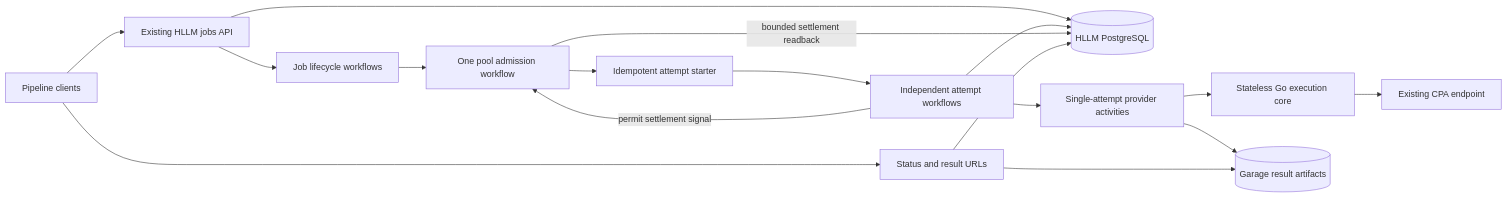
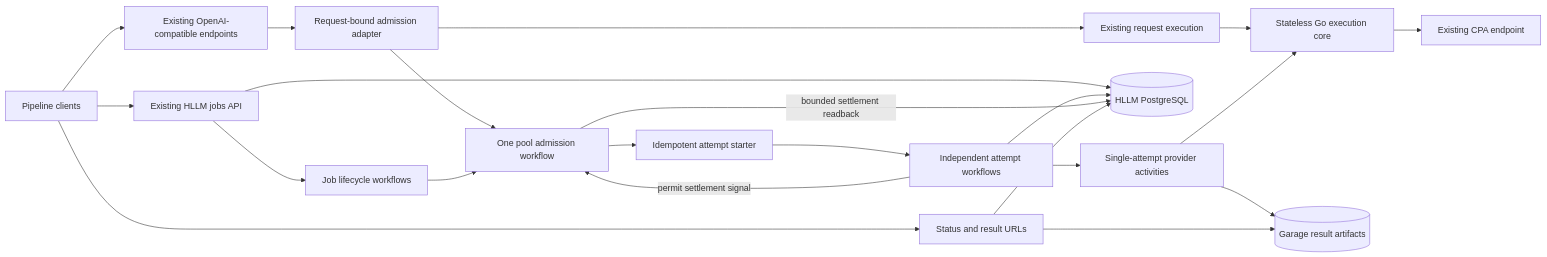
The diagram in plans/cpa-durable-execution-architecture.md (prls-co/harden-llm), drawn with Mermaid before and after one commit. The commit also changed other lines of this file, not shown here.

Commit message:
Require shared admission without changing OpenAI-compatible contracts

````diff
--- a/plans/cpa-durable-execution-architecture.md
+++ b/plans/cpa-durable-execution-architecture.md
@@ -49,19 +50,24 @@
 ```mermaid
 flowchart LR
     Clients[Pipeline clients] --> API[Existing HLLM jobs API]
+    Clients --> Sync[Existing OpenAI-compatible endpoints]
+    Sync --> Gate[Request-bound admission adapter]
+    Gate --> Pool
+    Gate --> SyncExec[Existing request execution]
+    SyncExec --> Core
     API --> DB[(HLLM PostgreSQL)]
     API --> Jobs[Job lifecycle workflows]
     Jobs --> Pool[One pool admission workflow]
     Pool --> Start[Idempotent attempt starter]
     Start --> Attempts[Independent attempt workflows]
     Attempts --> Gen[Single-attempt provider activities]
     Gen --> Core[Stateless Go execution core]
     Core --> CPA[Existing CPA endpoint]
     Gen --> Garage[(Garage result artifacts)]
     Attempts --> DB
     Attempts -->|permit settlement signal| Pool
     Pool -->|bounded settlement readback| DB
     Clients --> Status[Status and result URLs]
     Status --> DB
     Status --> Garage
 ```
````
